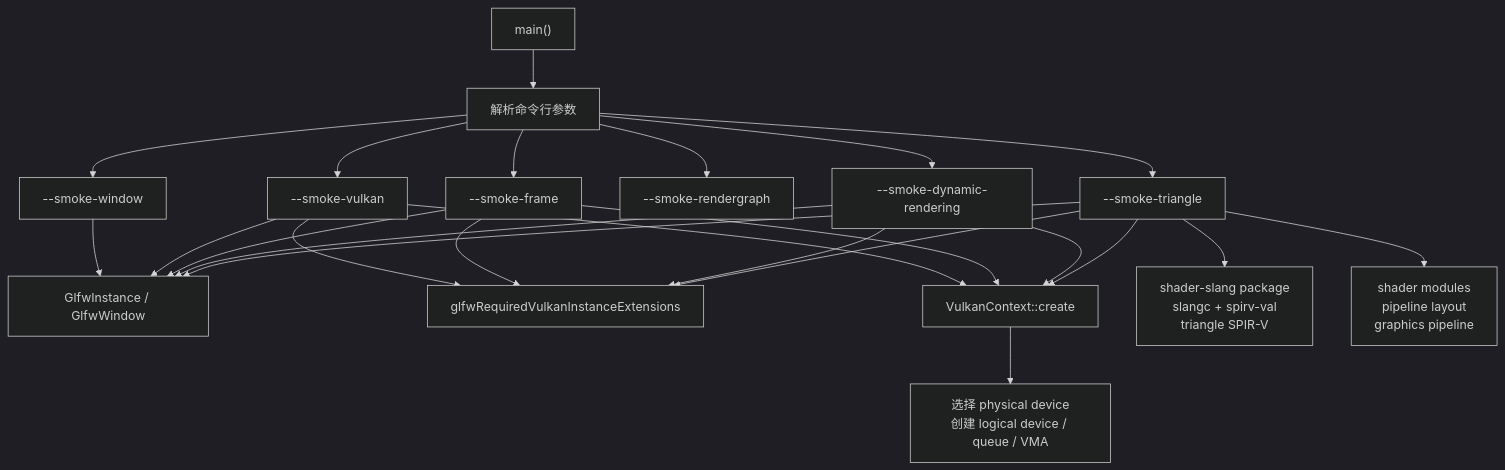
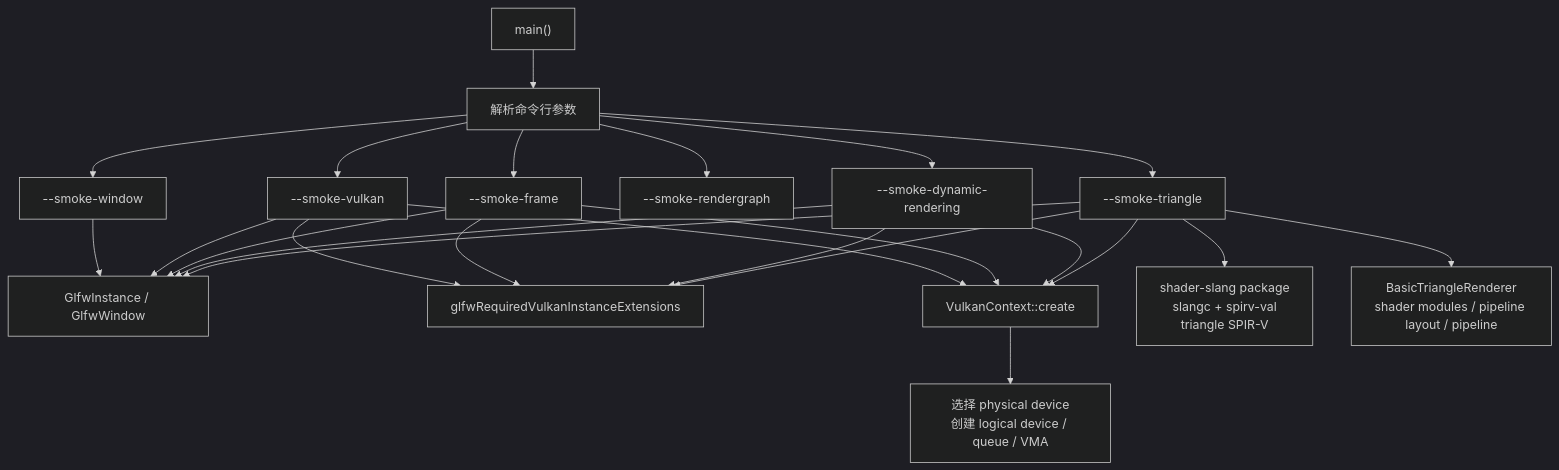
Before and after one commit to 66six11/Engine: the second of 9 diagrams in docs/flow-architecture.md, drawn with Mermaid (dark theme). The commit also changed other lines of this file and 5 other files, not shown here.

Commit message:
Move triangle pipeline setup into renderer basic

````diff
--- a/docs/flow-architecture.md
+++ b/docs/flow-architecture.md
@@ -58,41 +58,41 @@
 ```mermaid
 flowchart TD
     Start["main()"]
     Args["解析命令行参数"]
     WindowSmoke["--smoke-window"]
     VulkanSmoke["--smoke-vulkan"]
     FrameSmoke["--smoke-frame"]
     RGSmoke["--smoke-rendergraph"]
     DynamicSmoke["--smoke-dynamic-rendering"]
     TriangleSmoke["--smoke-triangle"]
     GLFW["GlfwInstance / GlfwWindow"]
     Ext["glfwRequiredVulkanInstanceExtensions"]
     Context["VulkanContext::create"]
     Device["选择 physical device<br/>创建 logical device / queue / VMA"]
     ShaderBuild["shader-slang package<br/>slangc + spirv-val<br/>triangle SPIR-V"]
-    Pipeline["shader modules<br/>pipeline layout<br/>graphics pipeline"]
+    RendererObject["BasicTriangleRenderer<br/>shader modules / pipeline layout / pipeline"]
 
     Start --> Args
     Args --> WindowSmoke
     Args --> VulkanSmoke
     Args --> FrameSmoke
     Args --> RGSmoke
     Args --> DynamicSmoke
     Args --> TriangleSmoke
     WindowSmoke --> GLFW
     VulkanSmoke --> GLFW
     VulkanSmoke --> Ext
     VulkanSmoke --> Context
     FrameSmoke --> GLFW
     FrameSmoke --> Ext
     FrameSmoke --> Context
     DynamicSmoke --> GLFW
     DynamicSmoke --> Ext
     DynamicSmoke --> Context
     TriangleSmoke --> GLFW
     TriangleSmoke --> Ext
     TriangleSmoke --> Context
     TriangleSmoke --> ShaderBuild
-    TriangleSmoke --> Pipeline
+    TriangleSmoke --> RendererObject
     Context --> Device
 ```
````
